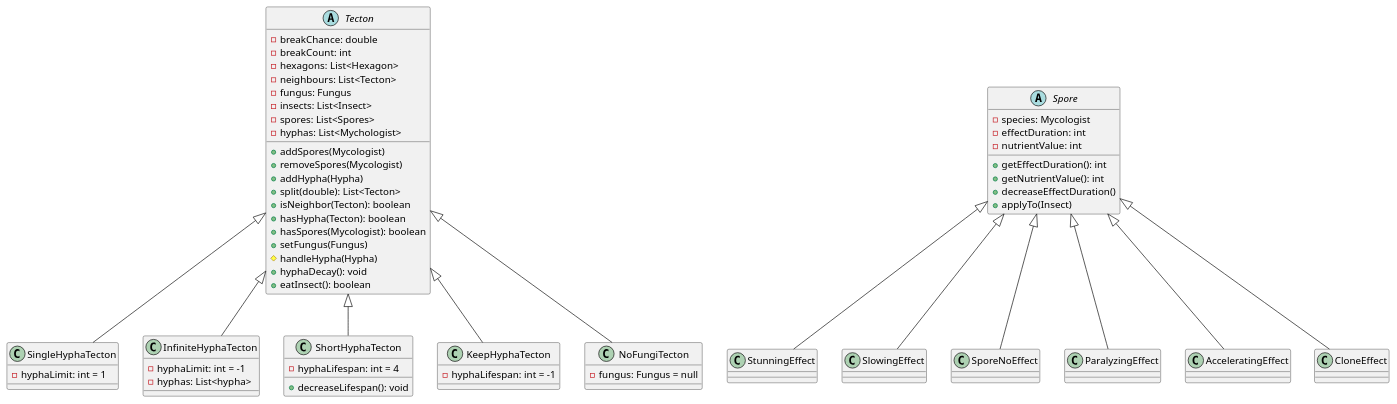
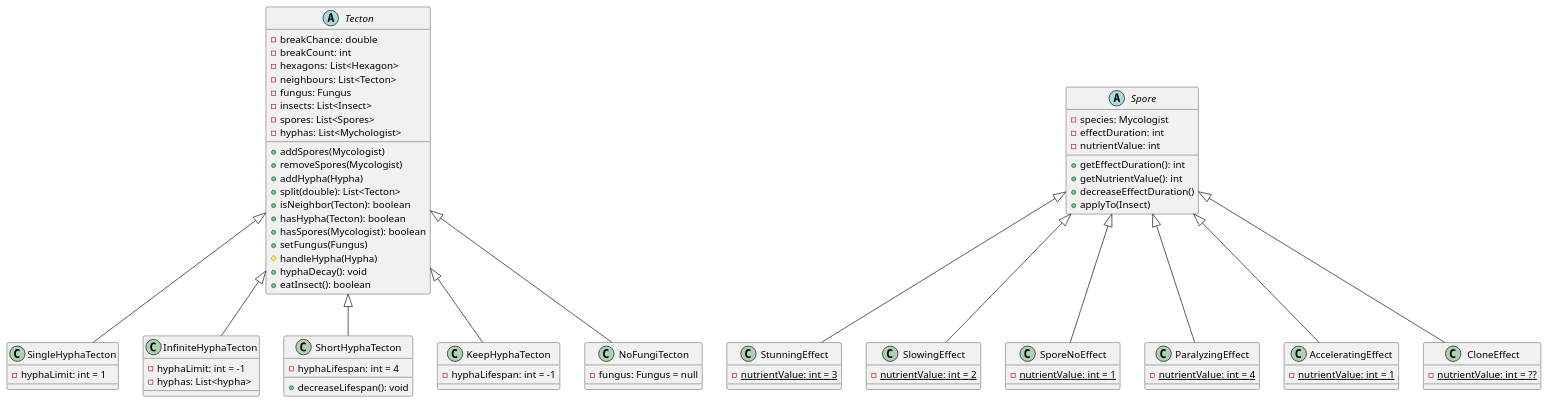
Before and after one commit to hujberhunor/SzomiSztegoProjlab: the diagram in docs/Class/derrived.puml, drawn with PlantUML. The commit also changed 2 other files, not shown here.

Commit message:
Spore leszármazottak frissítése

```diff
--- a/docs/Class/derrived.puml
+++ b/docs/Class/derrived.puml
@@ -1,60 +1,72 @@
 @startuml
 
 abstract class Tecton {
     - breakChance: double
     - breakCount: int
     - hexagons: List<Hexagon>
     - neighbours: List<Tecton>
     - fungus: Fungus
     - insects: List<Insect>
     - spores: List<Spores>
     - hyphas: List<Mychologist>
     + addSpores(Mycologist)
     + removeSpores(Mycologist)
     + addHypha(Hypha)
     + split(double): List<Tecton>
     + isNeighbor(Tecton): boolean
     + hasHypha(Tecton): boolean
     + hasSpores(Mycologist): boolean
     + setFungus(Fungus)
     # handleHypha(Hypha)
     + hyphaDecay(): void
     + eatInsect(): boolean
 }
 class SingleHyphaTecton extends Tecton{
     - hyphaLimit: int = 1
 }
 class InfiniteHyphaTecton  extends Tecton{
     - hyphaLimit: int = -1
     - hyphas: List<hypha>
 }
 class ShortHyphaTecton  extends Tecton{
     - hyphaLifespan: int = 4
     + decreaseLifespan(): void 
 }
 class KeepHyphaTecton extends Tecton{ 
     - hyphaLifespan: int = -1
 }
 class NoFungiTecton extends Tecton{
     - fungus: Fungus = null
 }
 
 
 abstract class Spore {
     - species: Mycologist
     - effectDuration: int
     - nutrientValue: int
     + getEffectDuration(): int
     + getNutrientValue(): int
     + decreaseEffectDuration()
     + applyTo(Insect)
 }
 
-class StunningEffect extends Spore
-class SlowingEffect extends Spore
-class SporeNoEffect extends Spore
-class ParalyzingEffect extends Spore
-class AcceleratingEffect extends Spore
-class CloneEffect extends Spore
+class StunningEffect extends Spore{
+    {static} - nutrientValue: int = 3
+}
+class SlowingEffect extends Spore{
+    {static} - nutrientValue: int = 2
+}
+class SporeNoEffect extends Spore{
+    {static} - nutrientValue: int = 1
+}
+class ParalyzingEffect extends Spore{
+    {static} - nutrientValue: int = 4
+}
+class AcceleratingEffect extends Spore{
+    {static} - nutrientValue: int = 1
+}
+class CloneEffect extends Spore{
+    {static} - nutrientValue: int = ??
+}
 
 @enduml
```
